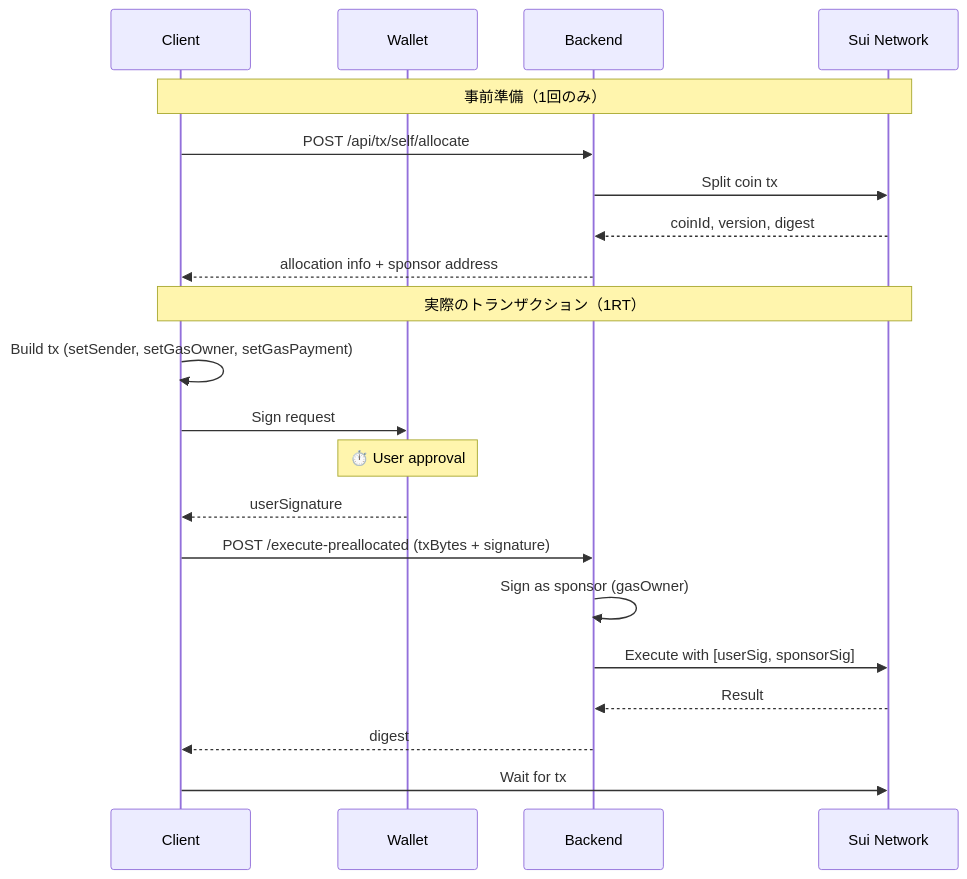
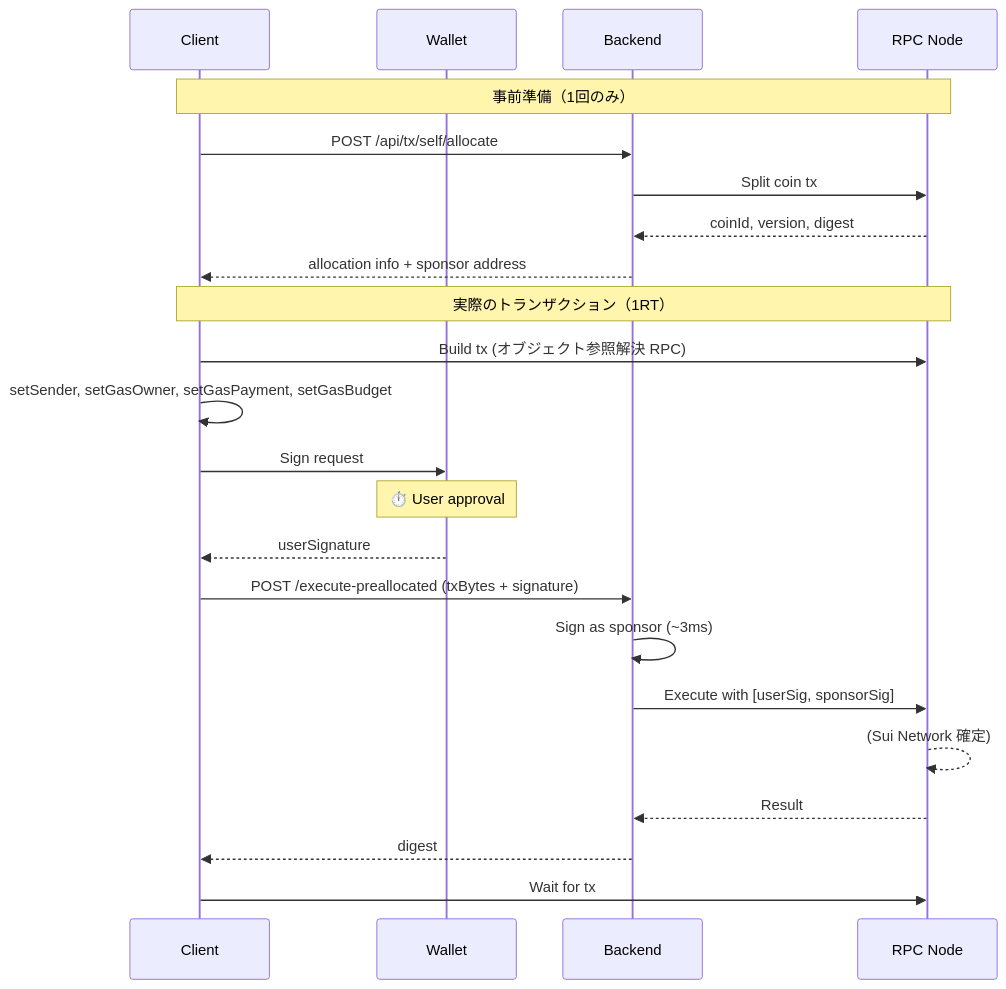
The first of 2 diagrams in sui/docs/sponsored-transaction.md (fuyutarow/counters), drawn with Mermaid before and after one commit. The commit also changed other lines of this file and 5 other files, not shown here.

````diff
--- a/sui/docs/sponsored-transaction.md
+++ b/sui/docs/sponsored-transaction.md
@@ -37,25 +128,27 @@
 ```mermaid
 sequenceDiagram
     participant C as Client
     participant W as Wallet
     participant B as Backend
-    participant S as Sui Network
+    participant S as RPC Node
 
     Note over C,S: 事前準備（1回のみ）
     C->>B: POST /api/tx/self/allocate
     B->>S: Split coin tx
     S-->>B: coinId, version, digest
     B-->>C: allocation info + sponsor address
 
     Note over C,S: 実際のトランザクション（1RT）
-    C->>C: Build tx (setSender, setGasOwner, setGasPayment)
+    C->>S: Build tx (オブジェクト参照解決 RPC)
+    C->>C: setSender, setGasOwner, setGasPayment, setGasBudget
     C->>W: Sign request
     Note over W: ⏱️ User approval
     W-->>C: userSignature
     C->>B: POST /execute-preallocated (txBytes + signature)
-    B->>B: Sign as sponsor (gasOwner)
+    B->>B: Sign as sponsor (~3ms)
     B->>S: Execute with [userSig, sponsorSig]
+    S-->>S: (Sui Network 確定)
     S-->>B: Result
     B-->>C: digest
     C->>S: Wait for tx
 ```
````
